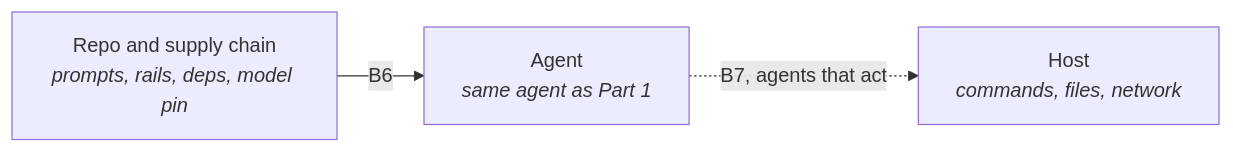
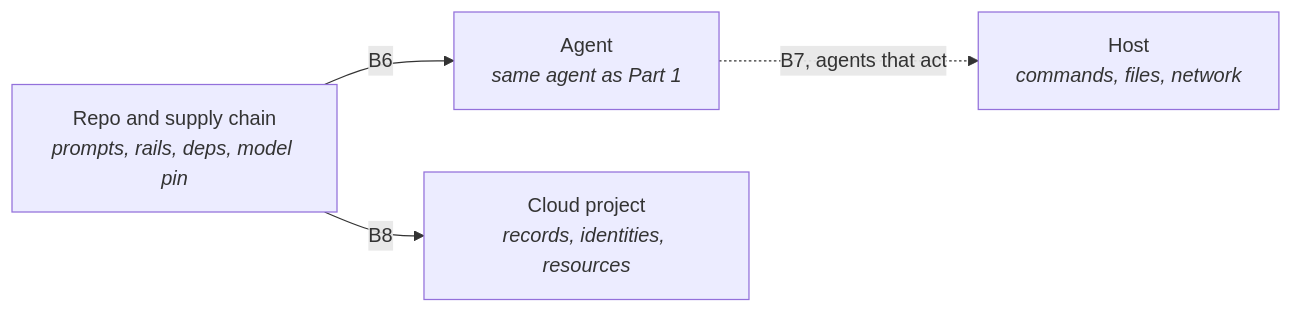
Before and after one commit to deathscythe272/blackfork-platform: the second of 2 diagrams in docs/02-architecture/agent-threat-model.md, drawn with Mermaid. The commit also changed other lines of this file and 33 other files, not shown here.

````diff
--- a/docs/02-architecture/agent-threat-model.md
+++ b/docs/02-architecture/agent-threat-model.md
@@ -35,5 +35,6 @@
 ```mermaid
 flowchart LR
   REPO["Repo and supply chain<br><i>prompts, rails, deps, model pin</i>"] -->|"B6"| AGENT["Agent<br><i>same agent as Part 1</i>"]
   AGENT -.->|"B7, agents that act"| HOST["Host<br><i>commands, files, network</i>"]
+  REPO -->|"B8"| CLOUD["Cloud project<br><i>records, identities, resources</i>"]
 ```
````
